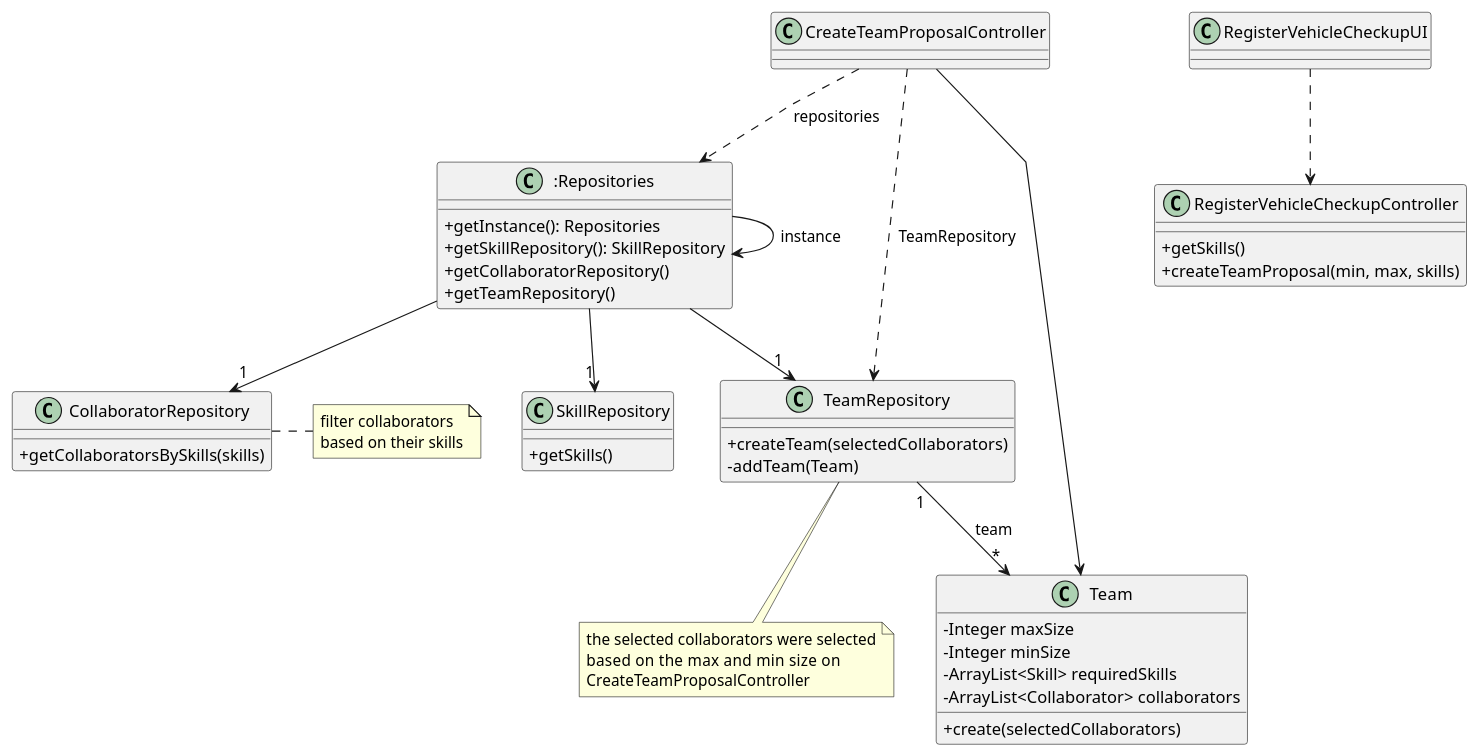
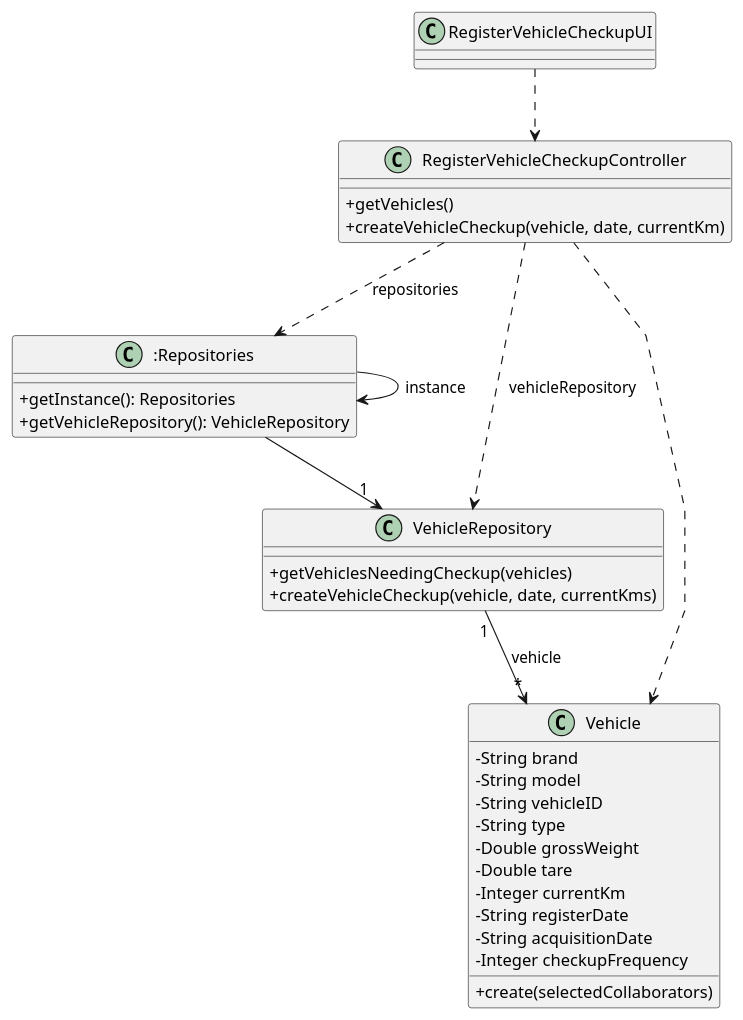
Before and after one commit to Departamento-de-Engenharia-Informatica/lei-24-s2-1do-g164: the diagram in docs/sprintB/us007/03.design/puml/us007-class-diagram.puml, drawn with PlantUML. The commit also changed 4 other files, not shown here.

```diff
--- a/docs/sprintB/us007/03.design/puml/us007-class-diagram.puml
+++ b/docs/sprintB/us007/03.design/puml/us007-class-diagram.puml
@@ -2,72 +2,64 @@
  @startuml
 'skinparam monochrome true
 skinparam packageStyle rectangle
 skinparam shadowing false
 skinparam linetype polyline
 'skinparam linetype orto
 
 skinparam classAttributeIconSize 0
 
 'left to right direction
 
 
 class "RegisterVehicleCheckupUI" as RegisterVehicleCheckupUI {
 
 
 }
 
 
 class "RegisterVehicleCheckupController" as RegisterVehicleCheckupController {
-+getSkills()
-    +createTeamProposal(min, max, skills)
++getVehicles()
+    +createVehicleCheckup(vehicle, date, currentKm)
 
 }
 
 
 
 class ":Repositories" as Repositories {
     +getInstance(): Repositories
-    +getSkillRepository(): SkillRepository
-    +getCollaboratorRepository()
-    +getTeamRepository()
+    +getVehicleRepository(): VehicleRepository
+
 }
 
-class "SkillRepository" as SkillRepository {
-    +getSkills()
+class "VehicleRepository" as VehicleRepository {
+    +getVehiclesNeedingCheckup(vehicles)
+    +createVehicleCheckup(vehicle, date, currentKms)
 
 }
 
 
-class "CollaboratorRepository" as CollaboratorRepository {
-    +getCollaboratorsBySkills(skills)
-}
-
-class "TeamRepository" as TeamRepository {
-    +createTeam(selectedCollaborators)
-    -addTeam(Team)
-}
-note bottom of TeamRepository: the selected collaborators were selected\nbased on the max and min size   on\nCreateTeamProposalController
-
-class "Team" as Team {
-    -Integer maxSize
-    -Integer minSize
-    -ArrayList<Skill> requiredSkills
-    -ArrayList<Collaborator> collaborators
+class "Vehicle" as Vehicle {
+      - String brand
+        - String model
+        - String vehicleID
+        - String type
+        - Double grossWeight
+        - Double tare
+        - Integer currentKm
+        - String registerDate
+        - String acquisitionDate
+        - Integer checkupFrequency
 
     +create(selectedCollaborators)
 
 }
-
- note right of "CollaboratorRepository" : filter collaborators\nbased on their skills
-
 RegisterVehicleCheckupUI..> RegisterVehicleCheckupController
 Repositories -> Repositories : instance
-CreateTeamProposalController ..> Repositories: repositories
-Repositories --> "1"SkillRepository
-Repositories -->"1" CollaboratorRepository
-Repositories --> "1"TeamRepository
-CreateTeamProposalController ..> TeamRepository: TeamRepository
-TeamRepository "1" --> "*"Team: team
-CreateTeamProposalController --> Team
+RegisterVehicleCheckupController ..> Repositories: repositories
+Repositories --> "1"VehicleRepository
+RegisterVehicleCheckupController ..> VehicleRepository: vehicleRepository
+RegisterVehicleCheckupController ..> Vehicle
+
+VehicleRepository"1"--> "*"Vehicle: vehicle
 
 @enduml
```
